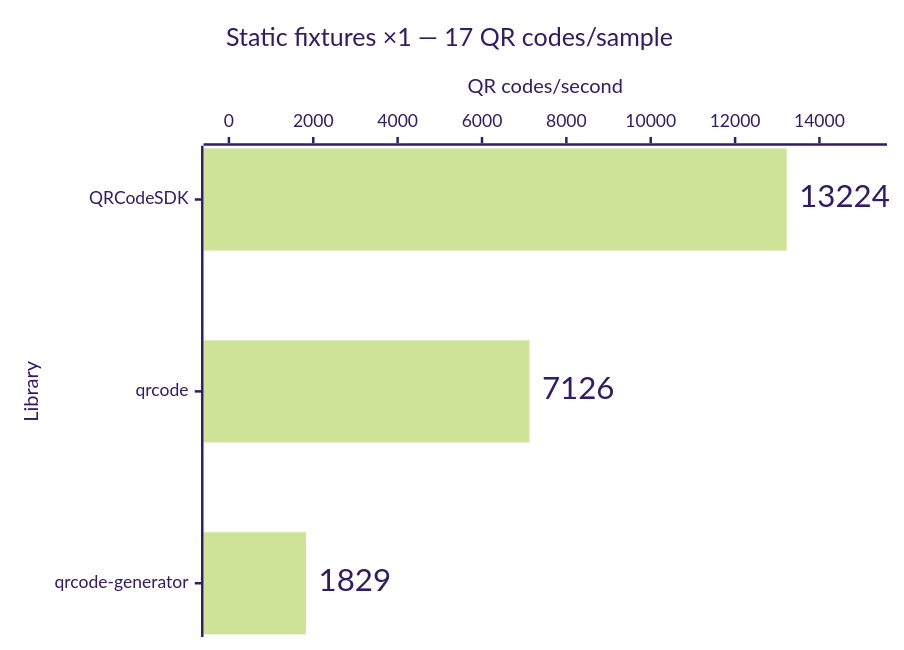
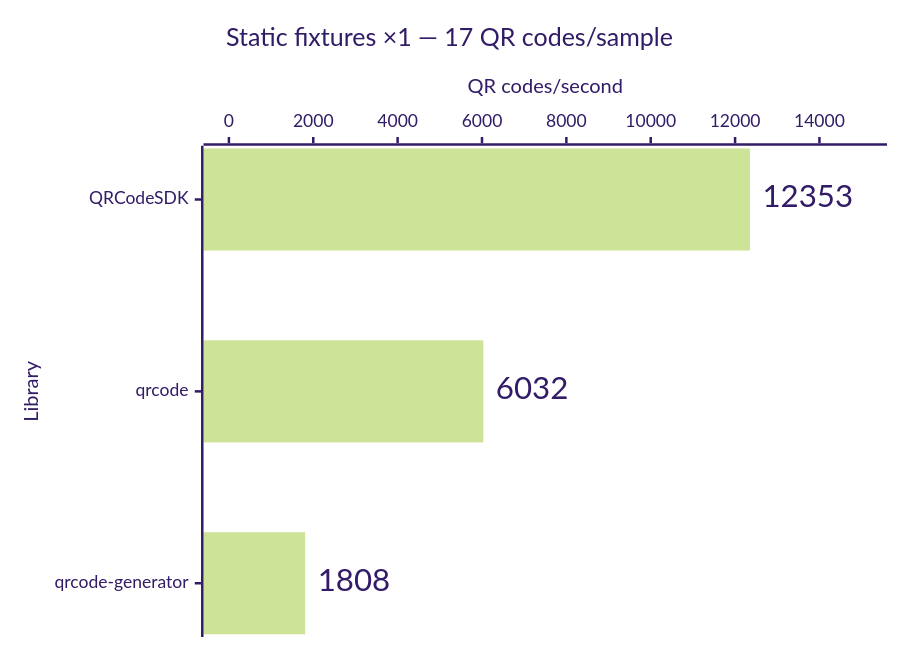
One commit to Dafnik/qrcodesdk changed the first of 14 diagrams in apps/docs/src/content/docs/learn/performance.md. Above: the diagram before and after it, drawn with Mermaid (forest theme). The commit also changed other lines of this file and 2 other files, not shown here.

````diff
--- a/apps/docs/src/content/docs/learn/performance.md
+++ b/apps/docs/src/content/docs/learn/performance.md
@@ -29,15 +29,15 @@
 ```mermaid
 ---
 config:
   xyChart:
     showDataLabel: true
     showDataLabelOutsideBar: true
 ---
 xychart horizontal
   accTitle: Matrix generation: Static fixtures ×1 — 17 QR codes/sample
-  accDescr: Throughput calculated from median time. QRCodeSDK 13,224 QR codes per second, qrcode 7,126 QR codes per second, qrcode-generator 1,829 QR codes per second. Higher is better.
+  accDescr: Throughput calculated from median time. QRCodeSDK 12,353 QR codes per second, qrcode 6,032 QR codes per second, qrcode-generator 1,808 QR codes per second. Higher is better.
   title "Static fixtures ×1 — 17 QR codes/sample"
   x-axis "Library" ["QRCodeSDK", "qrcode", "qrcode-generator"]
   y-axis "QR codes/second" 0 --> 15000
-  bar [13224, 7126, 1829]
+  bar [12353, 6032, 1808]
 ```
````
